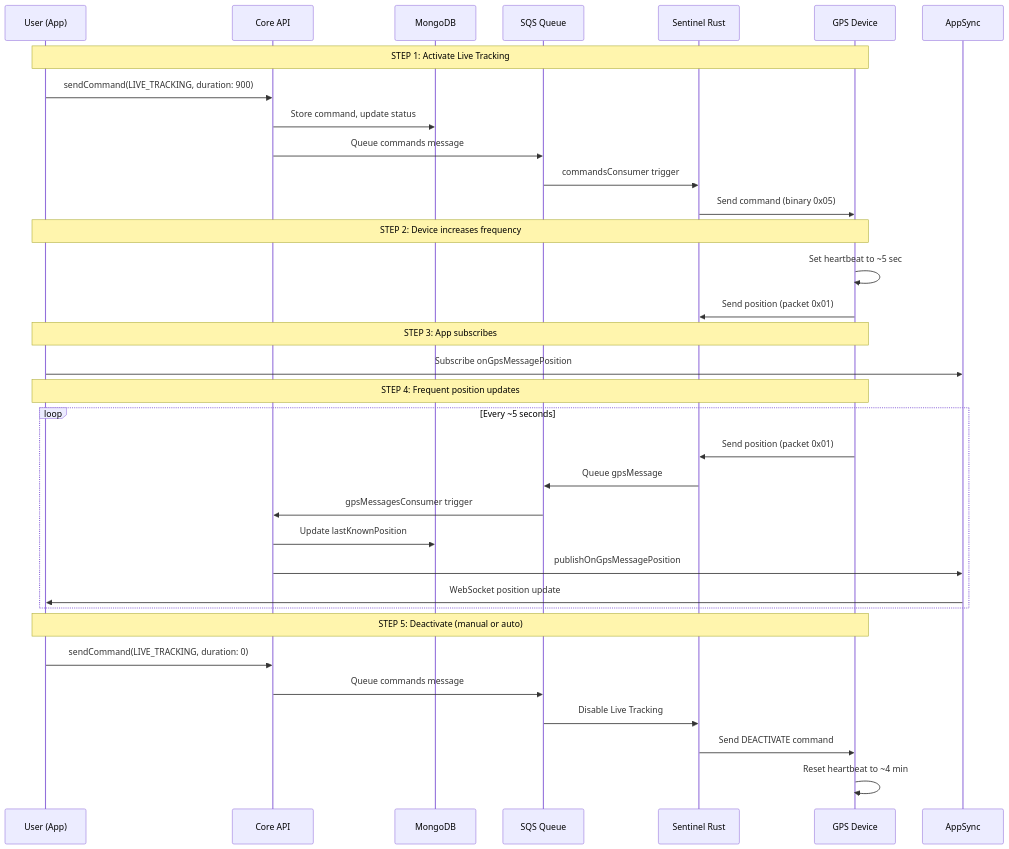
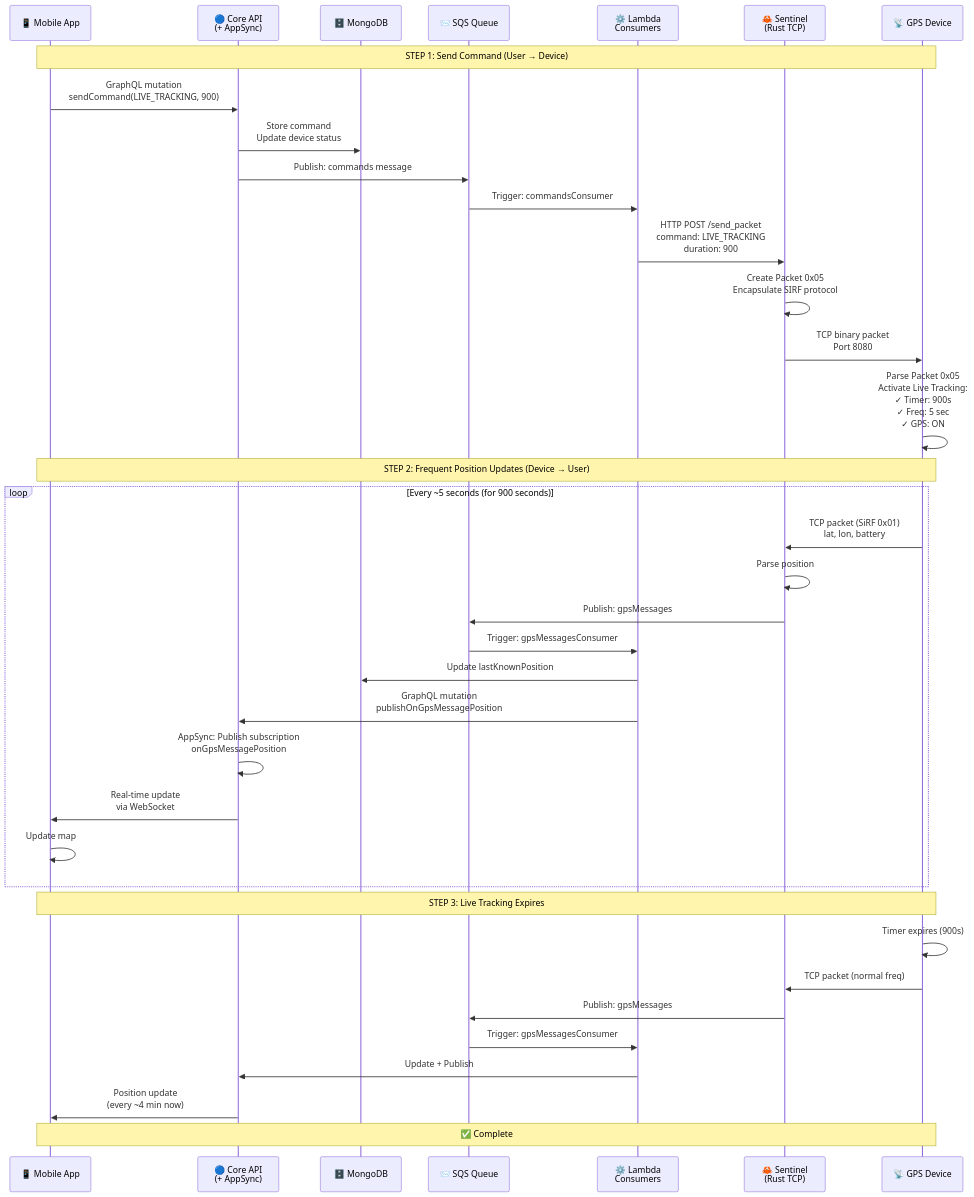
Before and after one commit to DatamarsSA/petlink-everywhere-test: the diagram in docs/modes/mode-live-tracking.md, drawn with Mermaid. The commit also changed other lines of this file and 3 other files, not shown here.

````diff
--- a/docs/modes/mode-live-tracking.md
+++ b/docs/modes/mode-live-tracking.md
@@ -355,41 +355,46 @@
 ```mermaid
 sequenceDiagram
-    participant User as User (App)
-    participant Core as Core API
-    participant DB as MongoDB
-    participant SQS as SQS Queue
-    participant Sentinel as Sentinel Rust
-    participant Device as GPS Device
-    participant AppSync as AppSync
+    participant Mobile as 📱 Mobile App
+    participant Core as 🔵 Core API<br/>(+ AppSync)
+    participant MongoDB as 🗄️ MongoDB
+    participant SQS as 📨 SQS Queue
+    participant Lambda as ⚙️ Lambda<br/>Consumers
+    participant Sentinel as 🦀 Sentinel<br/>(Rust TCP)
+    participant Device as 📡 GPS Device
 
-    Note over User,Device: STEP 1: Activate Live Tracking
-    User->>Core: sendCommand(LIVE_TRACKING, duration: 900)
-    Core->>DB: Store command, update status
-    Core->>SQS: Queue commands message
-    SQS->>Sentinel: commandsConsumer trigger
-    Sentinel->>Device: Send command (binary 0x05)
+    Note over Mobile,Device: STEP 1: Send Command (User → Device)
 
-    Note over User,Device: STEP 2: Device increases frequency
-    Device->>Device: Set heartbeat to ~5 sec
-    Device->>Sentinel: Send position (packet 0x01)
+    Mobile->>Core: GraphQL mutation<br/>sendCommand(LIVE_TRACKING, 900)
+    Core->>MongoDB: Store command<br/>Update device status
+    Core->>SQS: Publish: commands message
+    SQS->>Lambda: Trigger: commandsConsumer
+    Lambda->>Sentinel: HTTP POST /send_packet<br/>command: LIVE_TRACKING<br/>duration: 900
+    Sentinel->>Sentinel: Create Packet 0x05<br/>Encapsulate SIRF protocol
+    Sentinel->>Device: TCP binary packet<br/>Port 8080
+    Device->>Device: Parse Packet 0x05<br/>Activate Live Tracking:<br/>✓ Timer: 900s<br/>✓ Freq: 5 sec<br/>✓ GPS: ON
 
-    Note over User,Device: STEP 3: App subscribes
-    User->>AppSync: Subscribe onGpsMessagePosition
+    Note over Mobile,Device: STEP 2: Frequent Position Updates (Device → User)
 
-    Note over User,Device: STEP 4: Frequent position updates
-    loop Every ~5 seconds
-        Device->>Sentinel: Send position (packet 0x01)
-        Sentinel->>SQS: Queue gpsMessage
-        SQS->>Core: gpsMessagesConsumer trigger
-        Core->>DB: Update lastKnownPosition
-        Core->>AppSync: publishOnGpsMessagePosition
-        AppSync->>User: WebSocket position update
+    loop Every ~5 seconds (for 900 seconds)
+        Device->>Sentinel: TCP packet (SiRF 0x01)<br/>lat, lon, battery
+        Sentinel->>Sentinel: Parse position
+        Sentinel->>SQS: Publish: gpsMessages
+        SQS->>Lambda: Trigger: gpsMessagesConsumer
+        Lambda->>MongoDB: Update lastKnownPosition
+        Lambda->>Core: GraphQL mutation<br/>publishOnGpsMessagePosition
+        Core->>Core: AppSync: Publish subscription<br/>onGpsMessagePosition
+        Core->>Mobile: Real-time update<br/>via WebSocket
+        Mobile->>Mobile: Update map
     end
 
-    Note over User,Device: STEP 5: Deactivate (manual or auto)
-    User->>Core: sendCommand(LIVE_TRACKING, duration: 0)
-    Core->>SQS: Queue commands message
-    SQS->>Sentinel: Disable Live Tracking
-    Sentinel->>Device: Send DEACTIVATE command
-    Device->>Device: Reset heartbeat to ~4 min
+    Note over Mobile,Device: STEP 3: Live Tracking Expires
+
+    Device->>Device: Timer expires (900s)
+    Device->>Sentinel: TCP packet (normal freq)
+    Sentinel->>SQS: Publish: gpsMessages
+    SQS->>Lambda: Trigger: gpsMessagesConsumer
+    Lambda->>Core: Update + Publish
+    Core->>Mobile: Position update<br/>(every ~4 min now)
+
+    Note over Mobile,Device: ✅ Complete
 ```
````
